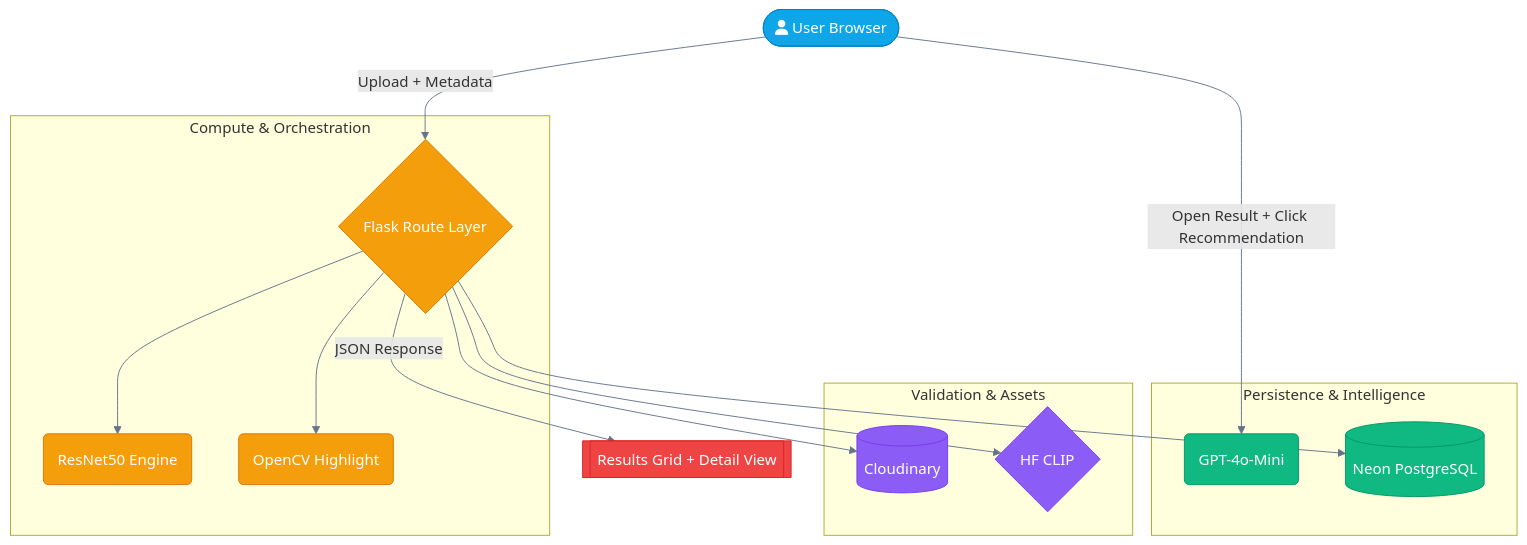
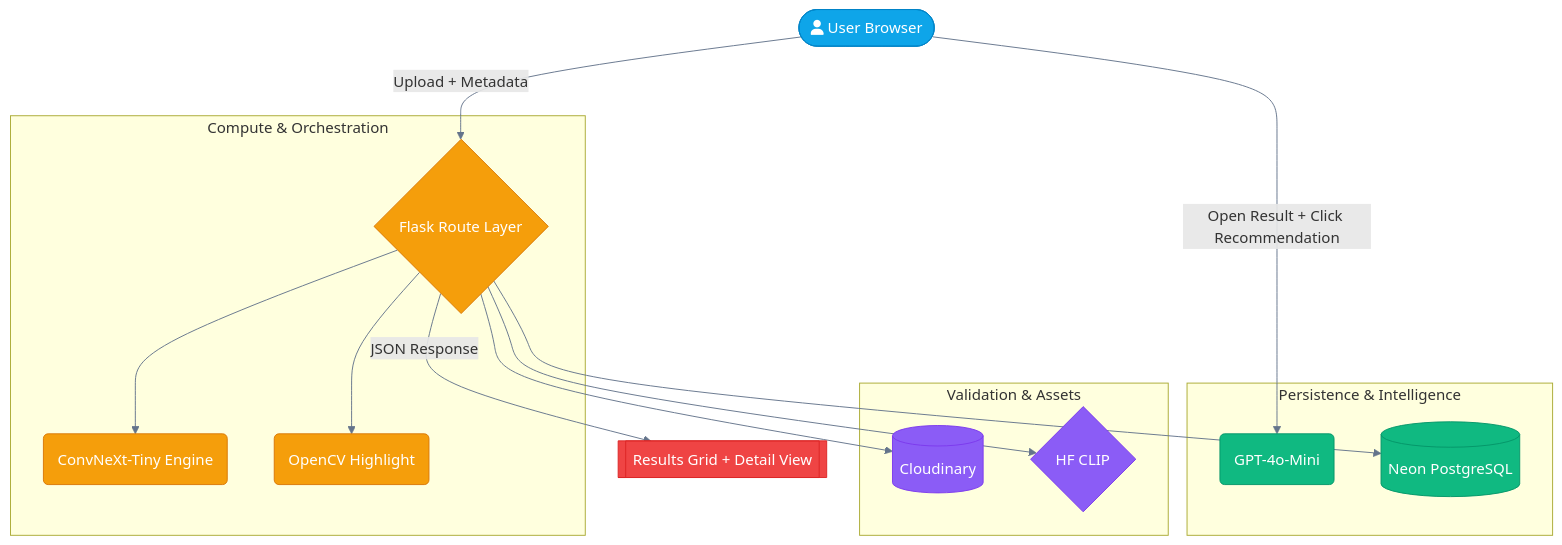
The diagram in README.md (rautaditya2606/wheat_detection), drawn with Mermaid before and after one commit. The commit also changed other lines of this file and 56 other files, not shown here.

````diff
--- a/README.md
+++ b/README.md
@@ -24,43 +24,43 @@
 ```mermaid
 graph TB
     %% Enhanced Style Definitions
     classDef userNode fill:#0ea5e9,stroke:#0284c7,stroke-width:1px,color:#fff,rx:10,ry:10;
     classDef backendNode fill:#f59e0b,stroke:#d97706,stroke-width:1px,color:#fff,rx:5,ry:5;
     classDef storageNode fill:#8b5cf6,stroke:#7c3aed,stroke-width:1px,color:#fff,rx:5,ry:5;
     classDef intelligenceNode fill:#10b981,stroke:#059669,stroke-width:1px,color:#fff,rx:5,ry:5;
     classDef uiNode fill:#ef4444,stroke:#dc2626,stroke-width:1px,color:#fff,rx:10,ry:10;
 
     %% Nodes
     User([fa:fa-user User Browser]):::userNode
     
     subgraph "Compute & Orchestration"
         Backend{Flask Route Layer}:::backendNode
-        ResNet(ResNet50 Engine):::backendNode
+        ConvNeXt(ConvNeXt-Tiny Engine):::backendNode
         OpenCV(OpenCV Highlight):::backendNode
     end
 
     subgraph "Validation & Assets"
         Cloudinary[(Cloudinary)]:::storageNode
         CLIP{HF CLIP}:::storageNode
     end
 
     subgraph "Persistence & Intelligence"
         LLM(GPT-4o-Mini):::intelligenceNode
         NeonDB[(Neon PostgreSQL)]:::intelligenceNode
     end
 
     Response[[Results Grid + Detail View]]:::uiNode
 
     %% Styled Connections
     User ==>|Upload + Metadata| Backend
     Backend --> Cloudinary
     Backend --> CLIP
-    Backend --> ResNet
+    Backend --> ConvNeXt
     Backend --> OpenCV
     Backend --> NeonDB
     User ==>|Open Result + Click Recommendation| LLM
     Backend ==>|JSON Response| Response
 
     %% Global Link Styling
     linkStyle default stroke:#64748b,stroke-width:1px,transition:0.3s;
 ```
````
